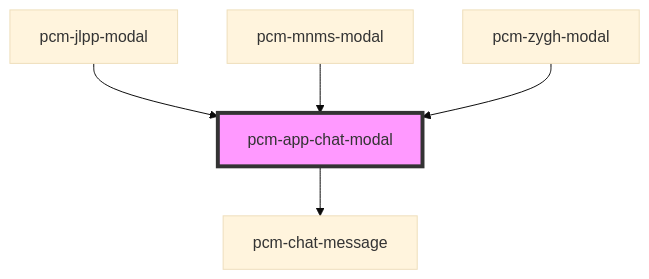
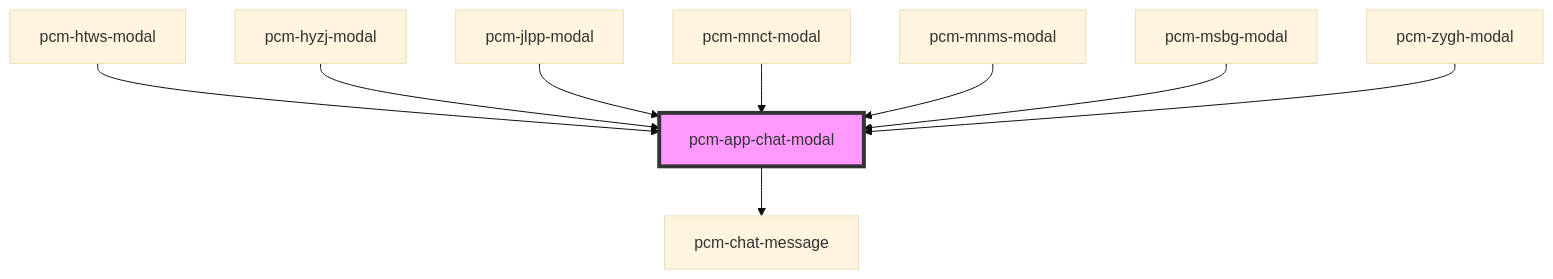
One commit to Pincaimao/pcm-agents-sdk changed the diagram in packages/pcm-agents/docs/components/pcm-app-chat-modal/readme.md. Above: the diagram before and after it, drawn with Mermaid (base theme). The commit also changed other lines of this file and 21 other files, not shown here.

````diff
--- a/packages/pcm-agents/docs/components/pcm-app-chat-modal/readme.md
+++ b/packages/pcm-agents/docs/components/pcm-app-chat-modal/readme.md
@@ -55,8 +59,12 @@
 ```mermaid
 graph TD;
   pcm-app-chat-modal --> pcm-chat-message
+  pcm-htws-modal --> pcm-app-chat-modal
+  pcm-hyzj-modal --> pcm-app-chat-modal
   pcm-jlpp-modal --> pcm-app-chat-modal
+  pcm-mnct-modal --> pcm-app-chat-modal
   pcm-mnms-modal --> pcm-app-chat-modal
+  pcm-msbg-modal --> pcm-app-chat-modal
   pcm-zygh-modal --> pcm-app-chat-modal
   style pcm-app-chat-modal fill:#f9f,stroke:#333,stroke-width:4px
 ```
````
